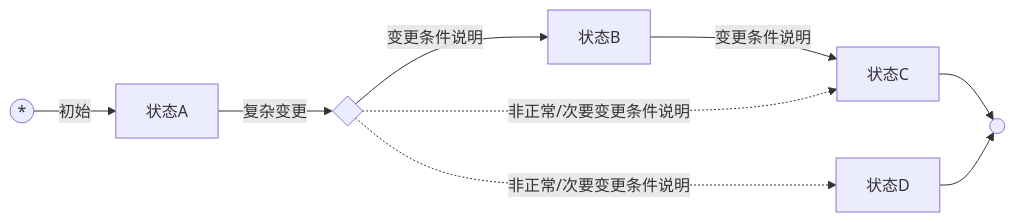
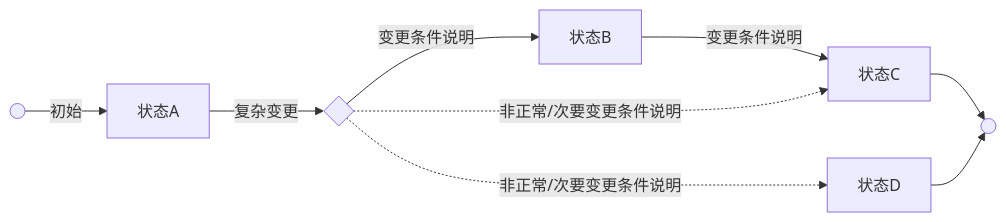
The third of 4 diagrams in 3-demo/VLOOK 快速参考手册.md (MadMaxChow/VLOOK), drawn with Mermaid before and after one commit. The commit also changed other lines of this file and 49 other files, not shown here.

````diff
--- a/3-demo/VLOOK 快速参考手册.md
+++ b/3-demo/VLOOK 快速参考手册.md
@@ -312,13 +396,12 @@
 ```mermaid
 graph LR
-INIT((*))
-INIT --> |初始|A[状态A]
+INIT(( )) --> |初始|A[状态A]
 A --> |复杂变更|trans{ }
 trans{ } --> |变更条件说明|B[状态B]
 B --> |变更条件说明|C[状态C]
 trans{ } -.-> |非正常/次要变更条件说明|C
 C --> FINAL
 trans{ } -.-> |非正常/次要变更条件说明|D[状态D]
 D --> FINAL
 FINAL(( ))
 ```
````
